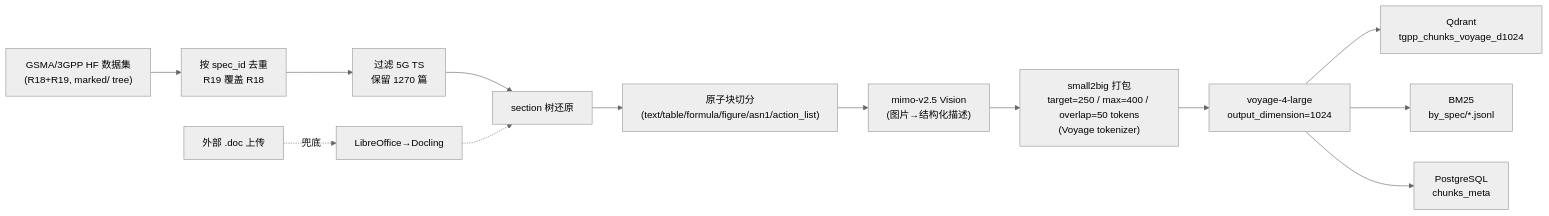
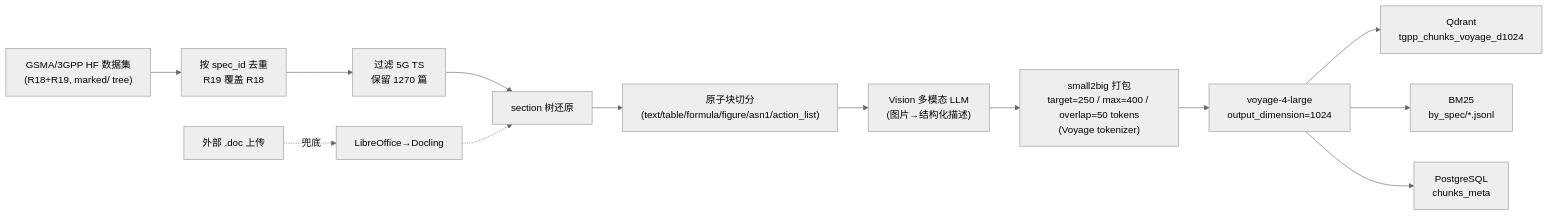
The first of 3 diagrams in README.md (EpisodeYu/3GPP-Everything), drawn with Mermaid (neutral theme) before and after one commit. The commit also changed other lines of this file and 1 other file, not shown here.

First line of the commit message:
docs: README 生成侧 LLM 改为"可配置"口径 + 移除"裸LLM反超华为"表述

````diff
--- a/README.md
+++ b/README.md
@@ -120,16 +119,16 @@
 ```mermaid
 flowchart LR
     HF["GSMA/3GPP HF 数据集<br/>(R18+R19, marked/ tree)"] --> DEDUP["按 spec_id 去重<br/>R19 覆盖 R18"]
     DEDUP --> FILTER["过滤 5G TS<br/>保留 1270 篇"]
     FILTER --> SECTION["section 树还原"]
     SECTION --> ATOMIC["原子块切分<br/>(text/table/formula/figure/asn1/action_list)"]
-    ATOMIC --> VISION["mimo-v2.5 Vision<br/>(图片→结构化描述)"]
+    ATOMIC --> VISION["Vision 多模态 LLM<br/>(图片→结构化描述)"]
     VISION --> CHUNK["small2big 打包<br/>target=250 / max=400 / overlap=50 tokens<br/>(Voyage tokenizer)"]
     CHUNK --> EMBED["voyage-4-large<br/>output_dimension=1024"]
     EMBED --> QD["Qdrant<br/>tgpp_chunks_voyage_d1024"]
     EMBED --> BM["BM25<br/>by_spec/*.jsonl"]
     EMBED --> PG["PostgreSQL<br/>chunks_meta"]
 
     DOC["外部 .doc 上传"] -.兜底.-> DL["LibreOffice→Docling"]
     DL -.-> SECTION
 ```
````
